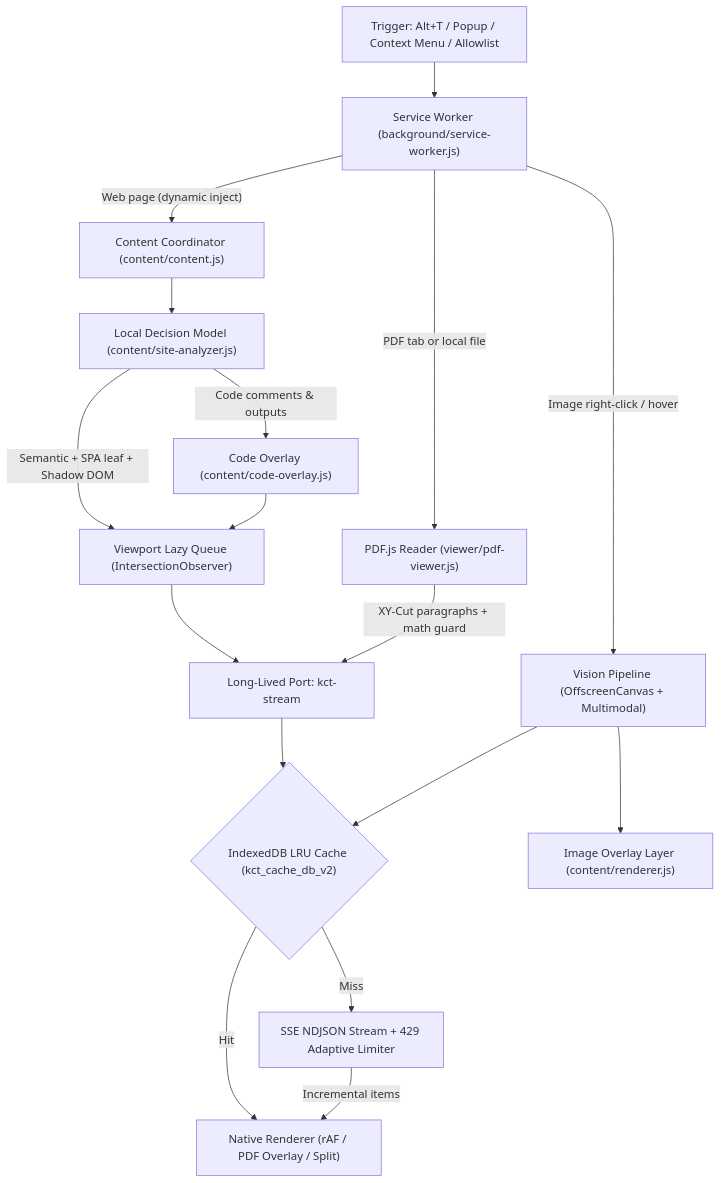
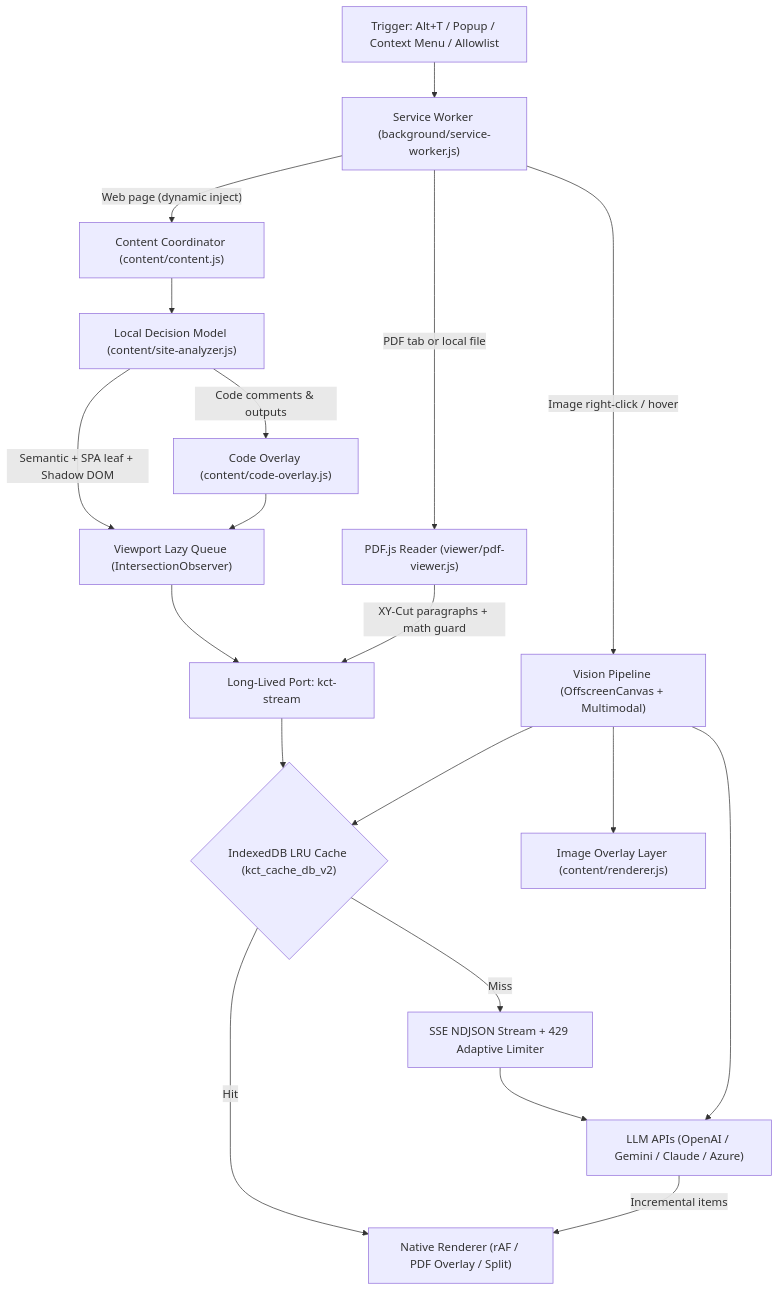
The first of 2 diagrams in README.md (Chih-Kai-Wang/kaggle-course-translator), drawn with Mermaid before and after one commit. The commit also changed other lines of this file and 23 other files, not shown here.

First line of the commit message:
feat(v2.4.0): update notice, Claude & Azure OpenAI providers, README rewrite with local decision-model diagram

````diff
--- a/README.md
+++ b/README.md
@@ -65,19 +76,21 @@
 ```mermaid
 flowchart TD
     Trigger["Trigger: Alt+T / Popup / Context Menu / Allowlist"] --> SW["Service Worker (background/service-worker.js)"]
     SW -->|"Web page (dynamic inject)"| Content["Content Coordinator (content/content.js)"]
     SW -->|"PDF tab or local file"| PDF["PDF.js Reader (viewer/pdf-viewer.js)"]
     SW -->|"Image right-click / hover"| Vision["Vision Pipeline (OffscreenCanvas + Multimodal)"]
     Content --> Analyzer["Local Decision Model (content/site-analyzer.js)"]
     Analyzer -->|"Semantic + SPA leaf + Shadow DOM"| Queue["Viewport Lazy Queue (IntersectionObserver)"]
     Analyzer -->|"Code comments & outputs"| Code["Code Overlay (content/code-overlay.js)"]
     Code --> Queue
     Queue --> Port["Long-Lived Port: kct-stream"]
     PDF -->|"XY-Cut paragraphs + math guard"| Port
     Port --> Cache{"IndexedDB LRU Cache (kct_cache_db_v2)"}
     Cache -->|"Hit"| Render["Native Renderer (rAF / PDF Overlay / Split)"]
     Cache -->|"Miss"| Stream["SSE NDJSON Stream + 429 Adaptive Limiter"]
-    Stream -->|"Incremental items"| Render
+    Stream --> LLM["LLM APIs (OpenAI / Gemini / Claude / Azure)"]
+    LLM -->|"Incremental items"| Render
     Vision --> Cache
+    Vision --> LLM
     Vision --> ImgOverlay["Image Overlay Layer (content/renderer.js)"]
 ```
````
